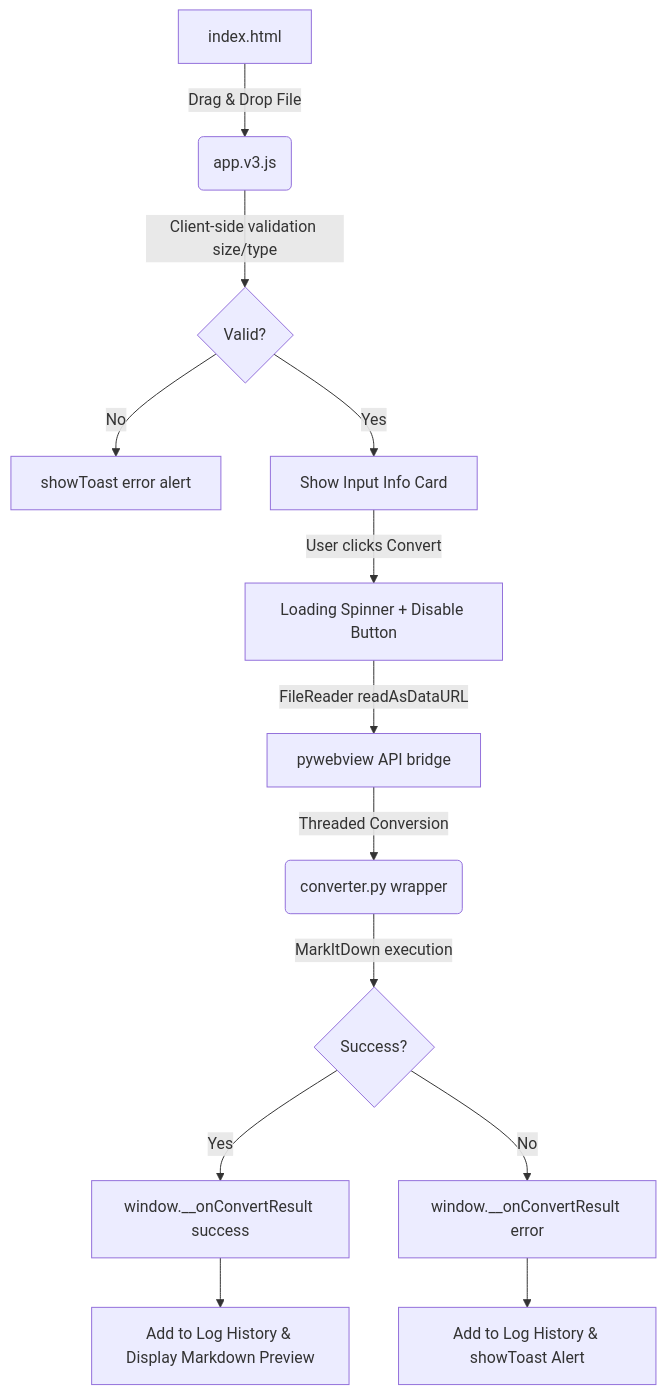
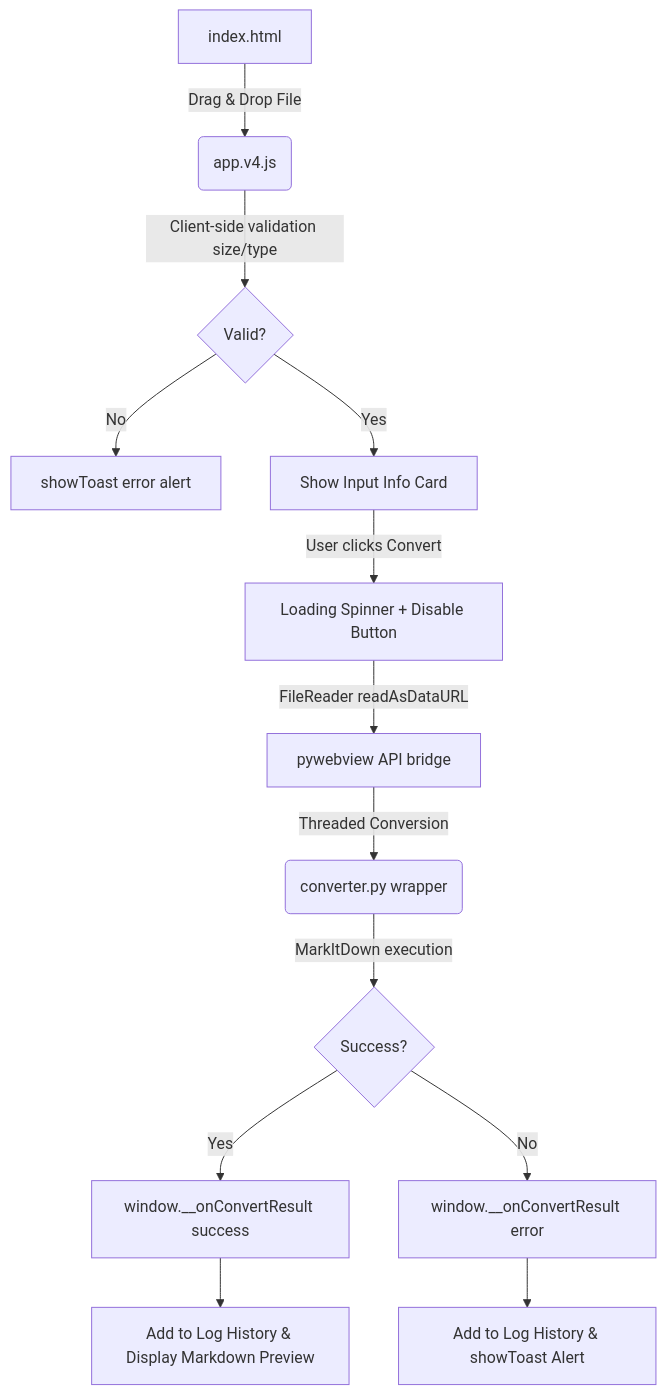
One commit to jagdeepvirdi/file-to-markdown changed the diagram in GEMINI.md. Above: the diagram before and after it, drawn with Mermaid. The commit also changed other lines of this file and 2 other files, not shown here.

First line of the commit message:
Update docs: prerequisites, system deps, and stale app.v3.js references

````diff
--- a/GEMINI.md
+++ b/GEMINI.md
@@ -45,15 +45,15 @@
 ```mermaid
 graph TD
-    A["index.html"] -->|Drag & Drop File| B("app.v3.js")
+    A["index.html"] -->|Drag & Drop File| B("app.v4.js")
     B -->|Client-side validation size/type| C{"Valid?"}
     C -->|No| D["showToast error alert"]
     C -->|Yes| E["Show Input Info Card"]
     E -->|User clicks Convert| F["Loading Spinner + Disable Button"]
     F -->|FileReader readAsDataURL| G["pywebview API bridge"]
     G -->|Threaded Conversion| H("converter.py wrapper")
     H -->|MarkItDown execution| I{"Success?"}
     I -->|Yes| J["window.__onConvertResult success"]
     I -->|No| K["window.__onConvertResult error"]
     J --> L["Add to Log History & Display Markdown Preview"]
     K --> M["Add to Log History & showToast Alert"]
 ```
````
